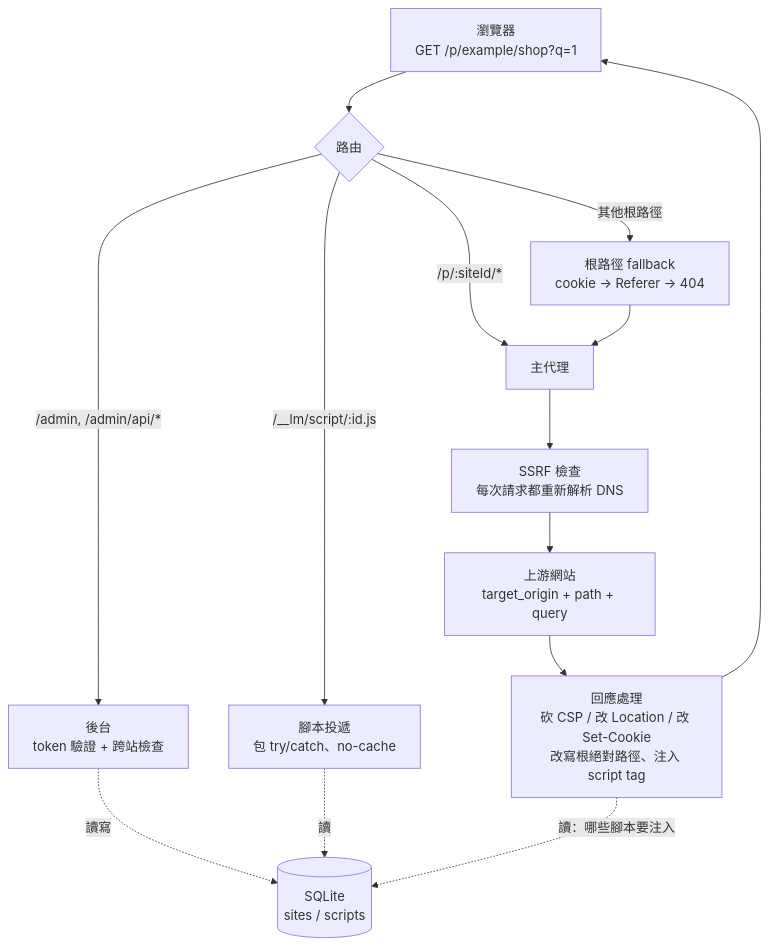
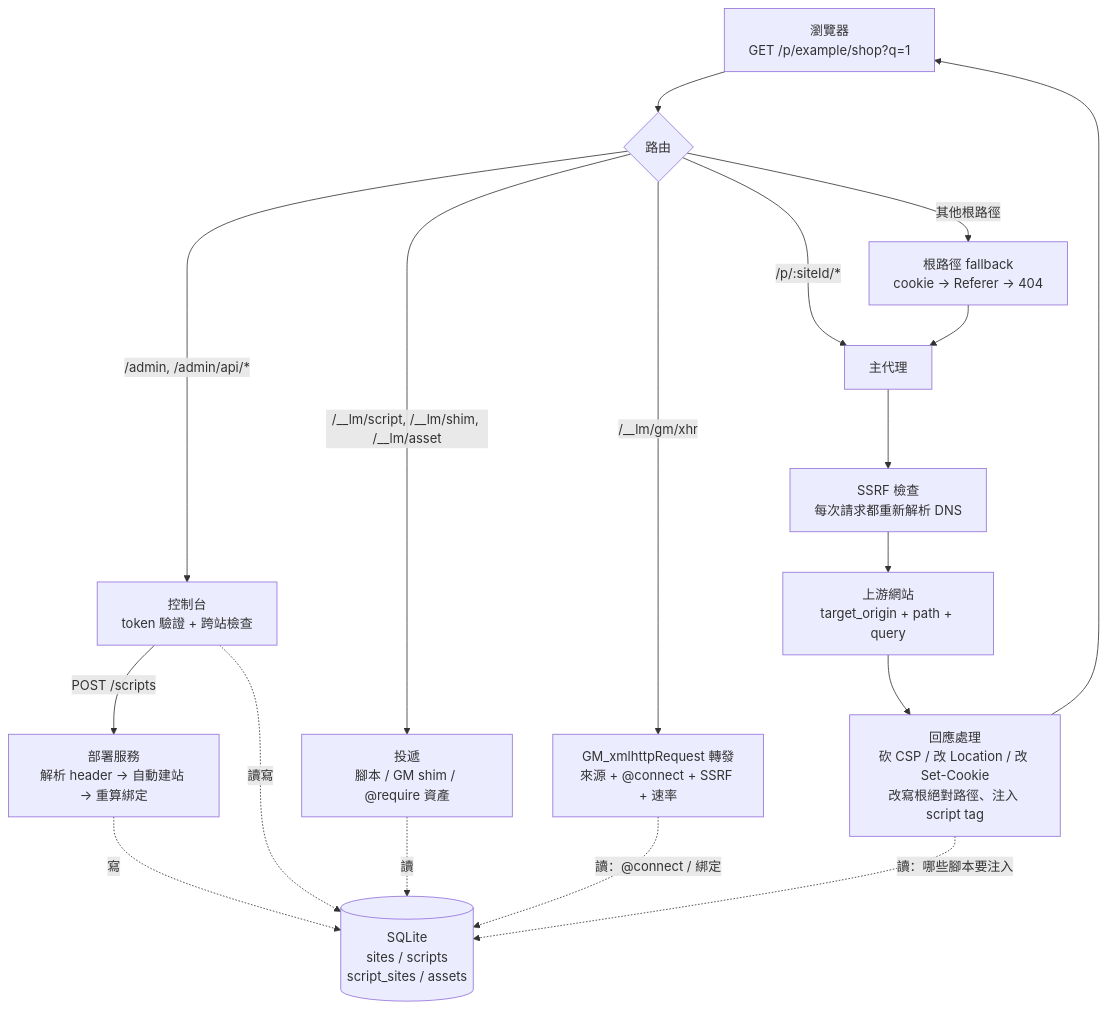
Before and after one commit to Jeffrey0117/LocalMonkey: the diagram in README.md, drawn with Mermaid. The commit also changed other lines of this file and 1 other file, not shown here.

First line of the commit message:
docs: README 與 CLAUDE.md 更新成 v2（控制台、GM API、@match 轉換、新地雷）

````diff
--- a/README.md
+++ b/README.md
@@ -106,19 +155,23 @@
 ```mermaid
 flowchart TD
     B["瀏覽器<br/>GET /p/example/shop?q=1"] --> R{路由}
 
-    R -->|"/admin, /admin/api/*"| A["後台<br/>token 驗證 + 跨站檢查"]
-    R -->|"/__lm/script/:id.js"| S["腳本投遞<br/>包 try/catch、no-cache"]
+    R -->|"/admin, /admin/api/*"| A["控制台<br/>token 驗證 + 跨站檢查"]
+    R -->|"/__lm/script, /__lm/shim, /__lm/asset"| S["投遞<br/>腳本 / GM shim / @require 資產"]
+    R -->|"/__lm/gm/xhr"| X["GM_xmlhttpRequest 轉發<br/>來源 + @connect + SSRF + 速率"]
     R -->|"/p/:siteId/*"| P["主代理"]
     R -->|"其他根路徑"| F["根路徑 fallback<br/>cookie → Referer → 404"]
 
     F --> P
     P --> SSRF["SSRF 檢查<br/>每次請求都重新解析 DNS"]
     SSRF --> U["上游網站<br/>target_origin + path + query"]
     U --> T["回應處理<br/>砍 CSP / 改 Location / 改 Set-Cookie<br/>改寫根絕對路徑、注入 script tag"]
     T --> B
 
-    A -.->|讀寫| DB[("SQLite<br/>sites / scripts")]
+    A -->|"POST /scripts"| D["部署服務<br/>解析 header → 自動建站 → 重算綁定"]
+    D -.->|寫| DB[("SQLite<br/>sites / scripts<br/>script_sites / assets")]
+    A -.->|讀寫| DB
     S -.->|讀| DB
+    X -.->|"讀：@connect / 綁定"| DB
     T -.->|"讀：哪些腳本要注入"| DB
 ```
````
